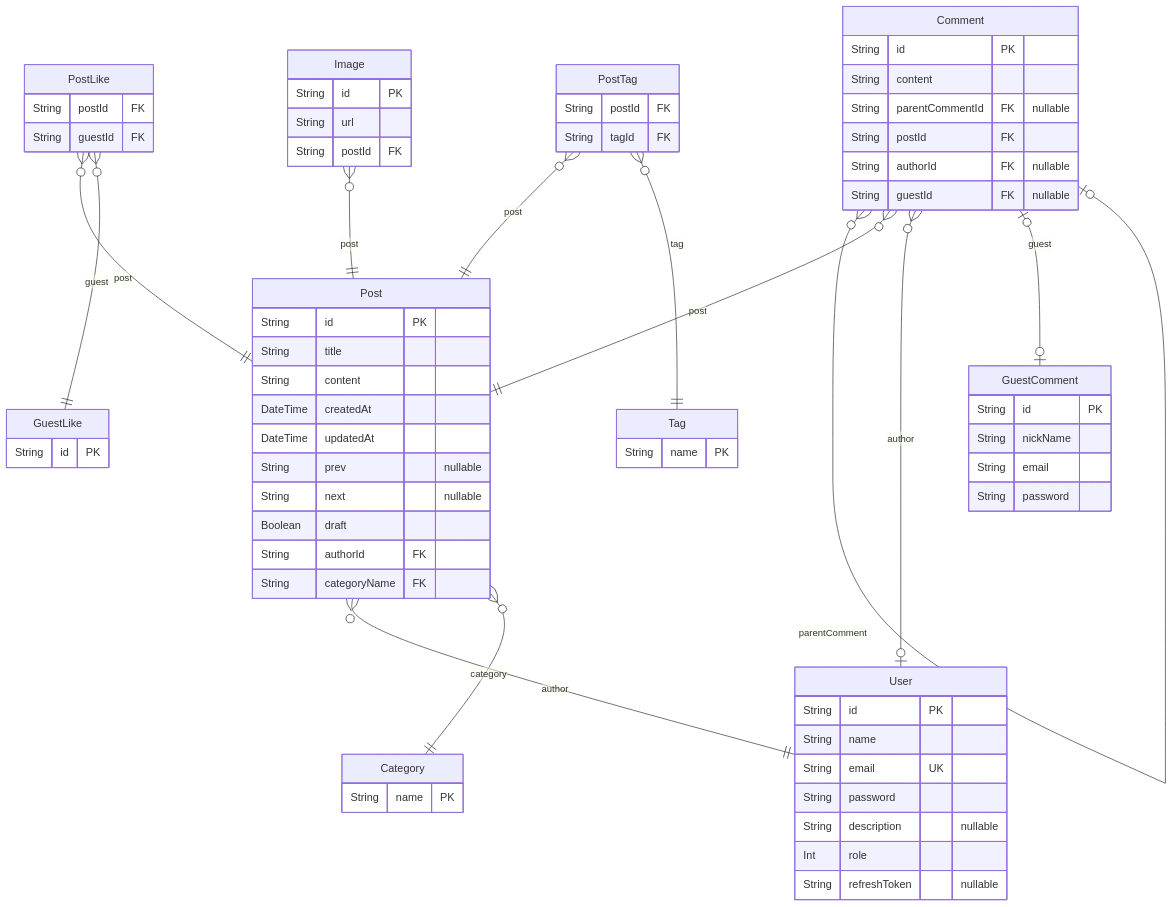
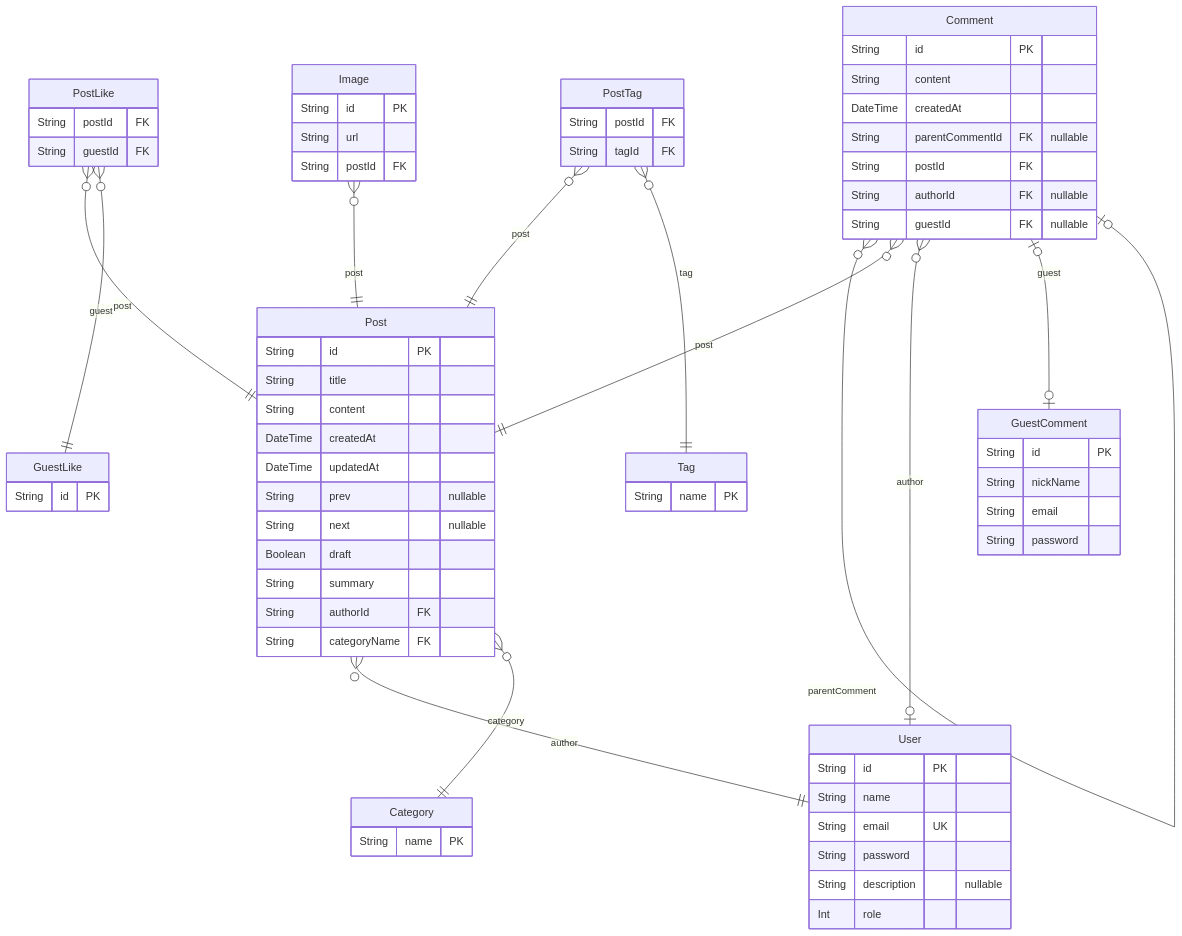
One commit to JongDeug/blog-backend changed the diagram in README.md. Above: the diagram before and after it, drawn with Mermaid. The commit also changed other lines of this file and 11 other files, not shown here.

````diff
--- a/README.md
+++ b/README.md
@@ -121,71 +119,72 @@
 ```mermaid
 erDiagram
 "User" {
   String id PK
   String name
   String email UK
   String password
   String description "nullable"
   Int role
-  String refreshToken "nullable"
 }
 "GuestLike" {
   String id PK
 }
 "GuestComment" {
   String id PK
   String nickName
   String email
   String password
 }
 "PostLike" {
   String postId FK
   String guestId FK
 }
 "Post" {
   String id PK
   String title
   String content
   DateTime createdAt
   DateTime updatedAt
   String prev "nullable"
   String next "nullable"
   Boolean draft
+  String summary
   String authorId FK
   String categoryName FK
 }
 "Tag" {
   String name PK
 }
 "PostTag" {
   String postId FK
   String tagId FK
 }
 "Image" {
   String id PK
   String url
   String postId FK
 }
 "Category" {
   String name PK
 }
 "Comment" {
   String id PK
   String content
+  DateTime createdAt
   String parentCommentId FK "nullable"
   String postId FK
   String authorId FK "nullable"
   String guestId FK "nullable"
 }
 "PostLike" }o--|| "Post" : post
 "PostLike" }o--|| "GuestLike" : guest
 "Post" }o--|| "User" : author
 "Post" }o--|| "Category" : category
 "PostTag" }o--|| "Post" : post
 "PostTag" }o--|| "Tag" : tag
 "Image" }o--|| "Post" : post
 "Comment" }o--o| "Comment" : parentComment
 "Comment" }o--|| "Post" : post
 "Comment" }o--o| "User" : author
 "Comment" |o--o| "GuestComment" : guest
 ```
````
